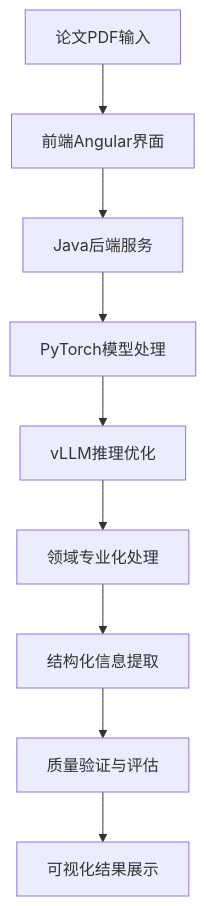
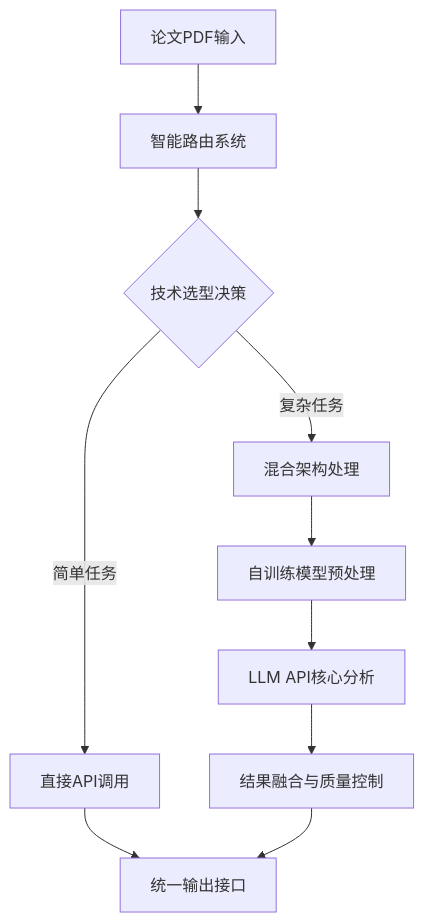
The diagram in Public_Course_Content/02_详细课程大纲.md (sawyerbutton/DT-LLM-X-Course-Design), drawn with Mermaid before and after one commit. The commit also changed other lines of this file and 4 other files, not shown here.

````diff
--- a/Public_Course_Content/02_详细课程大纲.md
+++ b/Public_Course_Content/02_详细课程大纲.md
@@ -39,11 +39,12 @@
 ```mermaid
 graph TD
-    A[论文PDF输入] --> B[前端Angular界面]
-    B --> C[Java后端服务]
-    C --> D[PyTorch模型处理]
-    D --> E[vLLM推理优化]
-    E --> F[领域专业化处理]
-    F --> G[结构化信息提取]
-    G --> H[质量验证与评估]
-    H --> I[可视化结果展示]
+    A[论文PDF输入] --> B[智能路由系统]
+    B --> C{技术选型决策}
+    C -->|简单任务| D[直接API调用]
+    C -->|复杂任务| E[混合架构处理]
+    E --> F[自训练模型预处理]
+    F --> G[LLM API核心分析]
+    G --> H[结果融合与质量控制]
+    D --> I[统一输出接口]
+    H --> I
 ```
````
